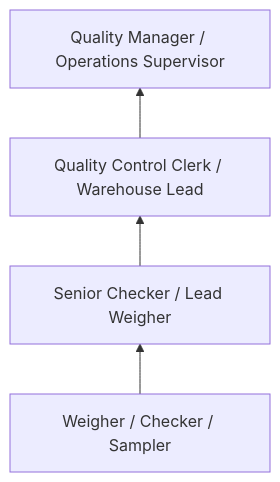
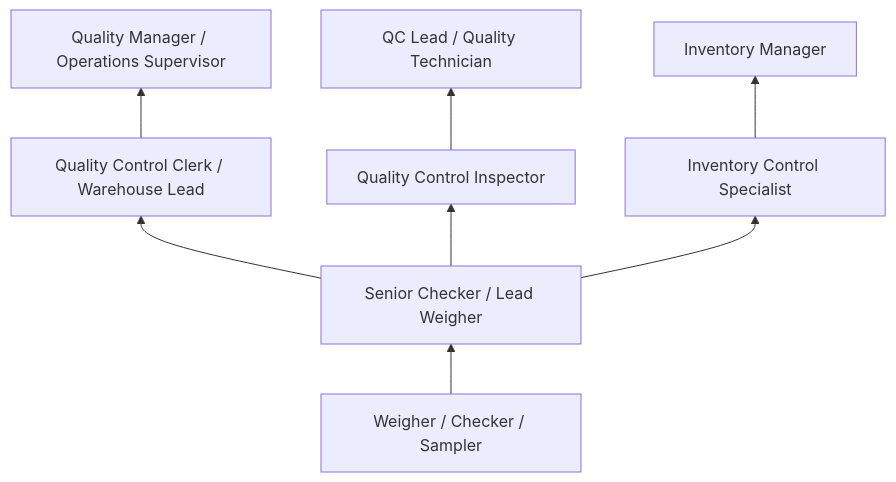
One commit to kziemski/business.org.ai changed the third of 4 diagrams in occupations/Administrative/WeighersMeasurersCheckersAndSamplersRecordkeeping.mdx. Above: the diagram before and after it, drawn with Mermaid. The commit also changed other lines of this file and 19 other files, not shown here.

````diff
--- a/occupations/Administrative/WeighersMeasurersCheckersAndSamplersRecordkeeping.mdx
+++ b/occupations/Administrative/WeighersMeasurersCheckersAndSamplersRecordkeeping.mdx
@@ -74,6 +187,12 @@
 ```mermaid
 graph BT
     Entry["Weigher / Checker / Sampler"] --> Mid["Senior Checker / Lead Weigher"]
     Mid --> Supervisor["Quality Control Clerk / Warehouse Lead"]
     Supervisor --> Manager["Quality Manager / Operations Supervisor"]
+
+    Mid --> QC["Quality Control Inspector"]
+    QC --> QCLead["QC Lead / Quality Technician"]
+
+    Mid --> Inventory["Inventory Control Specialist"]
+    Inventory --> InvMgr["Inventory Manager"]
 ```
````
